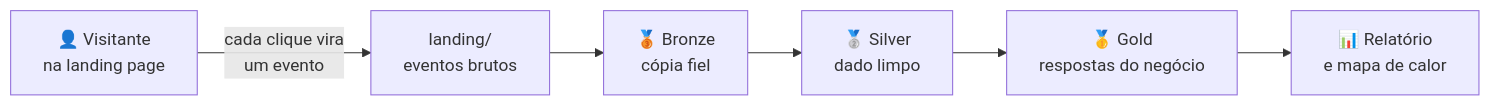
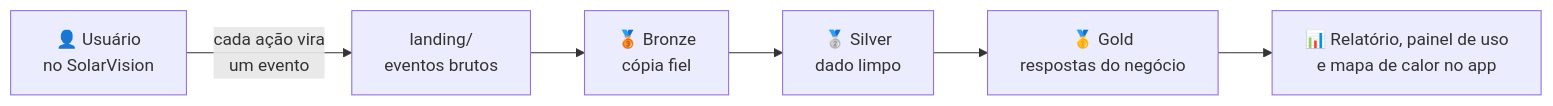
One commit to danieltanjos/SolarVision changed the diagram in datalake/README.md. Above: the diagram before and after it, drawn with Mermaid. The commit also changed other lines of this file and 2 other files, not shown here.

First line of the commit message:
docs(datalake): enunciado e contrato de eventos do SolarVision

````diff
--- a/datalake/README.md
+++ b/datalake/README.md
@@ -14,8 +7,8 @@
 ```mermaid
 flowchart LR
-    V["👤 Visitante<br/>na landing page"] -->|cada clique vira<br/>um evento| L["landing/<br/>eventos brutos"]
+    U["👤 Usuário<br/>no SolarVision"] -->|cada ação vira<br/>um evento| L["landing/<br/>eventos brutos"]
     L --> B["🥉 Bronze<br/>cópia fiel"]
     B --> S["🥈 Silver<br/>dado limpo"]
     S --> G["🥇 Gold<br/>respostas do negócio"]
-    G --> R["📊 Relatório<br/>e mapa de calor"]
+    G --> R["📊 Relatório, painel de uso<br/>e mapa de calor no app"]
 ```
````
